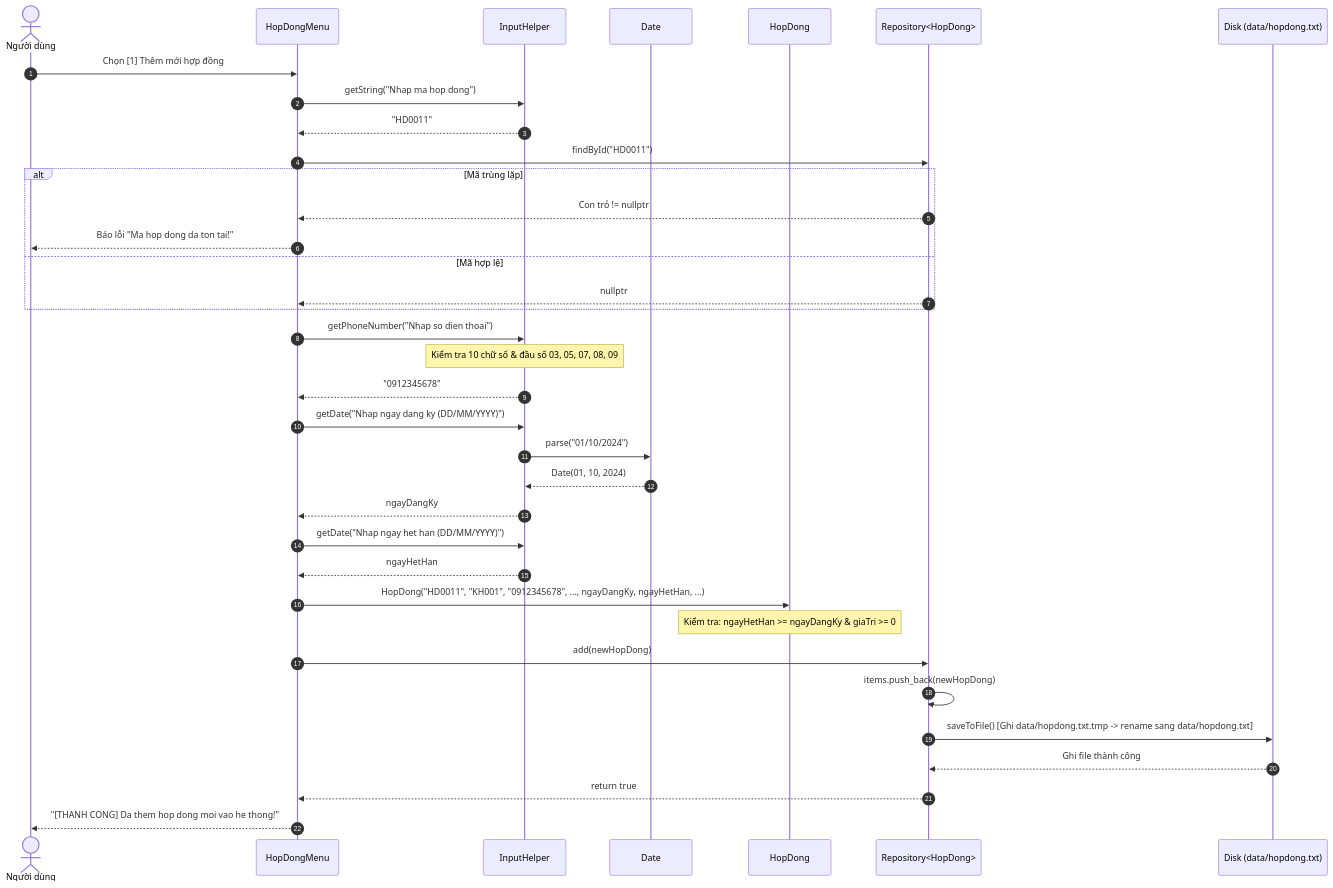
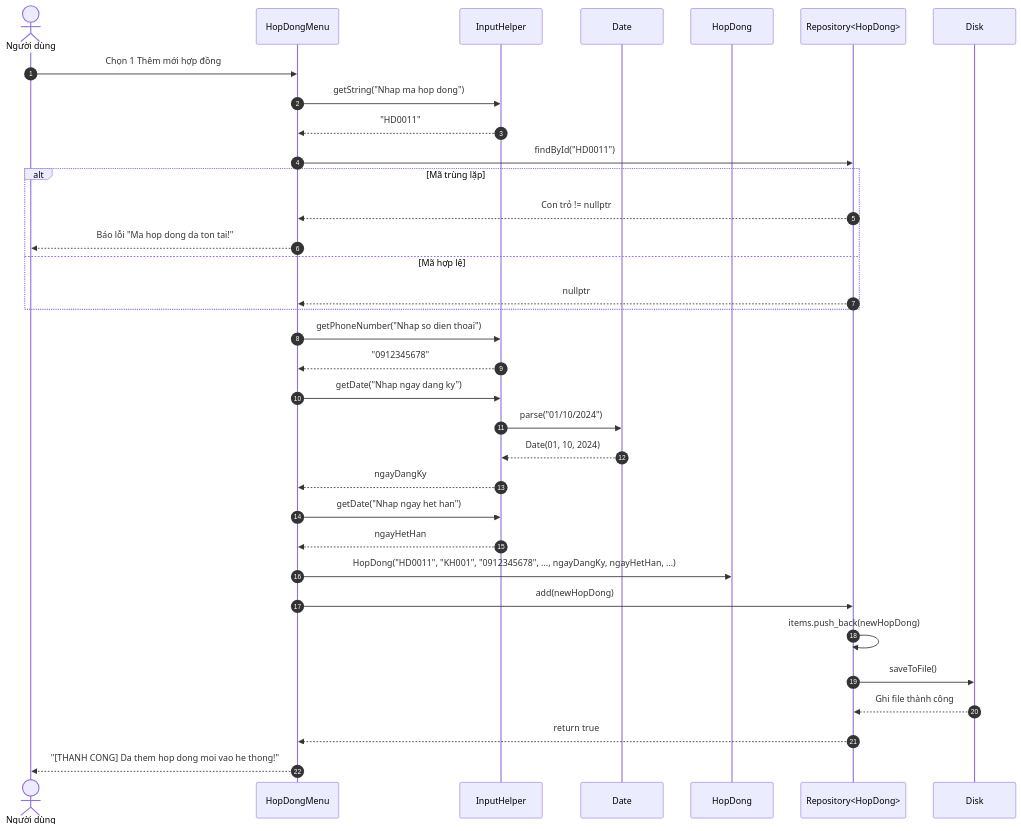
The second of 6 diagrams in docs/Operational/INTERACTION_DIAGRAM.md (khanhtq02-cbmd/BTL_KTLT), drawn with Mermaid before and after one commit. The commit also changed other lines of this file and 55 other files, not shown here.

````diff
--- a/docs/Operational/INTERACTION_DIAGRAM.md
+++ b/docs/Operational/INTERACTION_DIAGRAM.md
@@ -47,45 +73,42 @@
 ```mermaid
 sequenceDiagram
     autonumber
     actor User as Người dùng
     participant Menu as HopDongMenu
     participant Input as InputHelper
     participant DateMod as Date
     participant HD as HopDong
     participant Repo as Repository<HopDong>
-    participant File as Disk (data/hopdong.txt)
+    participant File as Disk
 
-    User->>Menu: Chọn [1] Thêm mới hợp đồng
+    User->>Menu: Chọn 1 Thêm mới hợp đồng
     Menu->>Input: getString("Nhap ma hop dong")
     Input-->>Menu: "HD0011"
     
     Menu->>Repo: findById("HD0011")
     alt Mã trùng lặp
         Repo-->>Menu: Con trỏ != nullptr
         Menu-->>User: Báo lỗi "Ma hop dong da ton tai!"
     else Mã hợp lệ
         Repo-->>Menu: nullptr
     end
 
     Menu->>Input: getPhoneNumber("Nhap so dien thoai")
-    Note over Input: Kiểm tra 10 chữ số & đầu số 03, 05, 07, 08, 09
     Input-->>Menu: "0912345678"
 
-    Menu->>Input: getDate("Nhap ngay dang ky (DD/MM/YYYY)")
+    Menu->>Input: getDate("Nhap ngay dang ky")
     Input->>DateMod: parse("01/10/2024")
     DateMod-->>Input: Date(01, 10, 2024)
     Input-->>Menu: ngayDangKy
 
-    Menu->>Input: getDate("Nhap ngay het han (DD/MM/YYYY)")
+    Menu->>Input: getDate("Nhap ngay het han")
     Input-->>Menu: ngayHetHan
 
     Menu->>HD: HopDong("HD0011", "KH001", "0912345678", ..., ngayDangKy, ngayHetHan, ...)
-    Note over HD: Kiểm tra: ngayHetHan >= ngayDangKy & giaTri >= 0
-
     Menu->>Repo: add(newHopDong)
     Repo->>Repo: items.push_back(newHopDong)
-    Repo->>File: saveToFile() [Ghi data/hopdong.txt.tmp -> rename sang data/hopdong.txt]
+    Repo->>File: saveToFile()
     File-->>Repo: Ghi file thành công
     Repo-->>Menu: return true
     Menu-->>User: "[THANH CONG] Da them hop dong moi vao he thong!"
 ```
````
